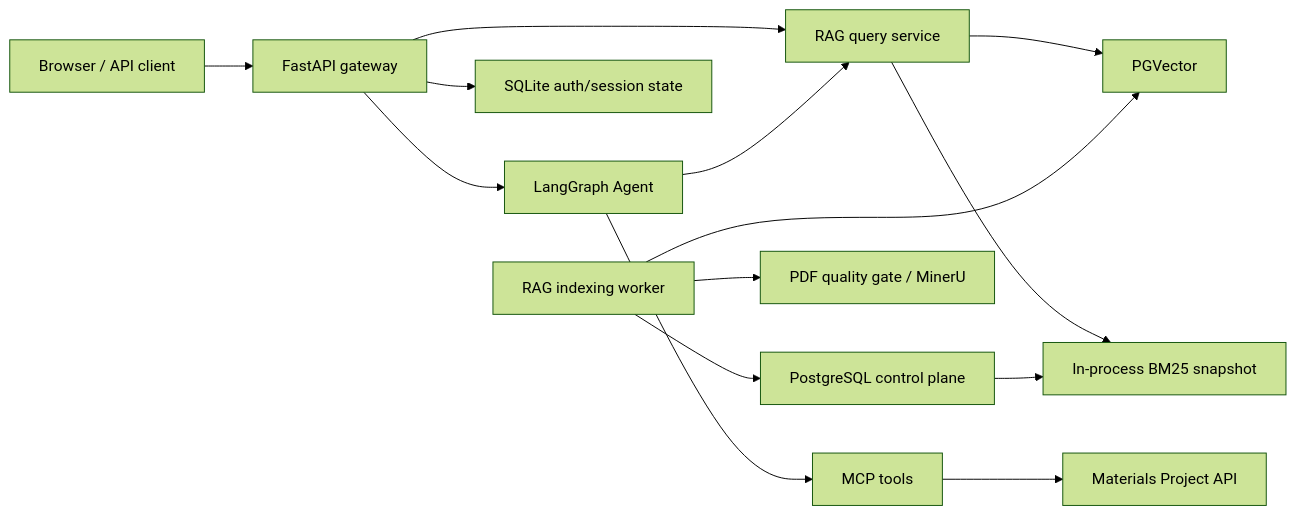
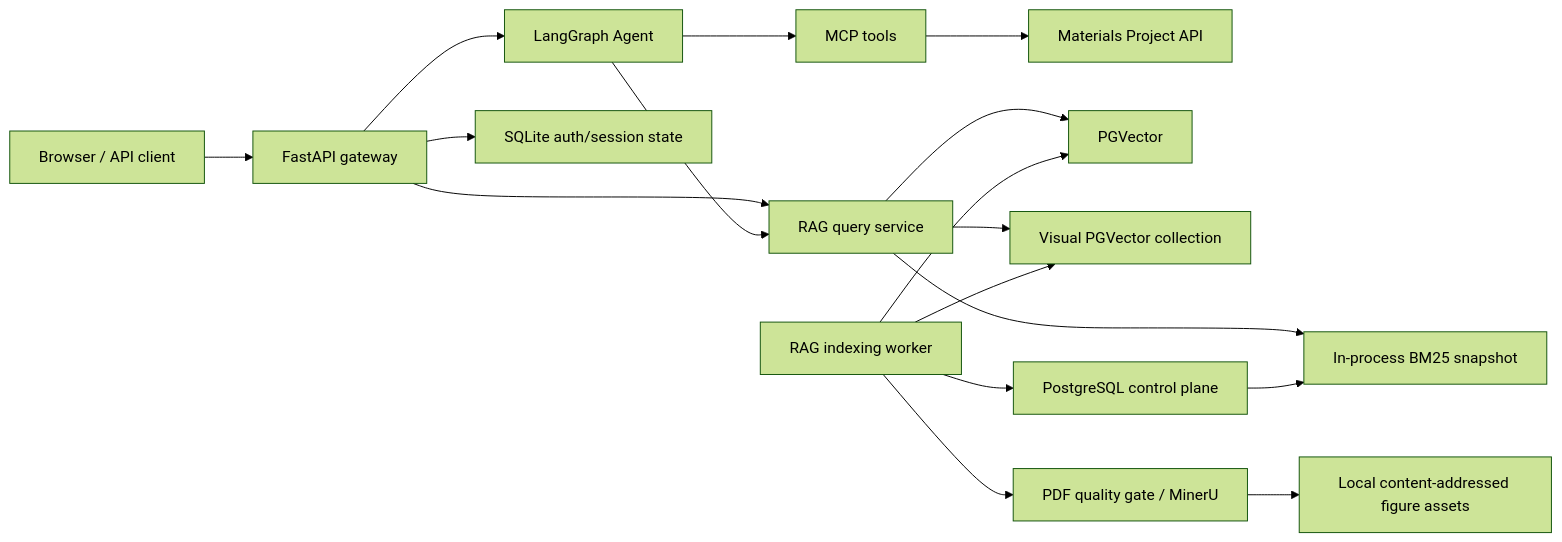
Before and after one commit to wangsy0247/agent-Material: the diagram in docs/architecture.md, drawn with Mermaid (forest theme). The commit also changed other lines of this file and 95 other files, not shown here.

````diff
--- a/docs/architecture.md
+++ b/docs/architecture.md
@@ -8,16 +8,19 @@
 ```mermaid
 flowchart LR
     U["Browser / API client"] --> G["FastAPI gateway"]
     G --> A["LangGraph Agent"]
     G --> R["RAG query service"]
     A --> R
     A --> M["MCP tools"]
     M --> MP["Materials Project API"]
     R --> V["PGVector"]
+    R --> X["Visual PGVector collection"]
     R --> B["In-process BM25 snapshot"]
     G --> S["SQLite auth/session state"]
     W["RAG indexing worker"] --> P["PDF quality gate / MinerU"]
     W --> V
+    W --> X
     W --> C["PostgreSQL control plane"]
+    P --> F["Local content-addressed figure assets"]
     C --> B
 ```
````
